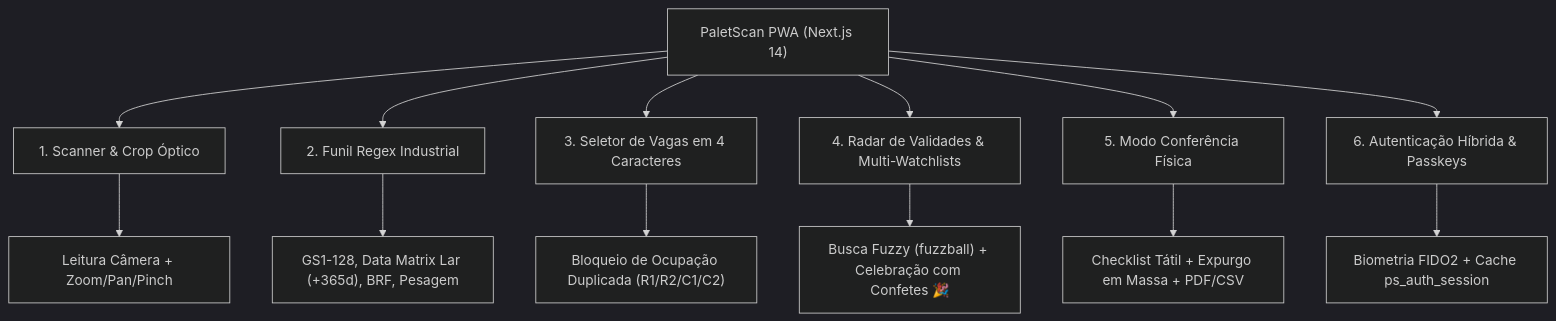
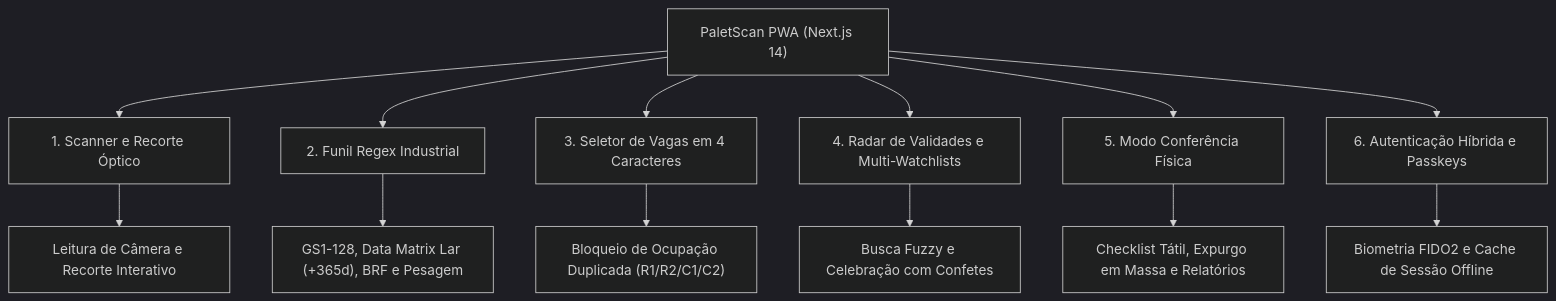
Before and after one commit to NaejBarbosa/paletscan-etl: the diagram in docs/pwa-visao-geral.md, drawn with Mermaid (dark theme). The commit also changed 6 other files, not shown here.

Commit message:
fix(docs): corrigir sintaxe do Mermaid e compatibilidade total com versao 11.17

````diff
--- a/docs/pwa-visao-geral.md
+++ b/docs/pwa-visao-geral.md
@@ -9,16 +9,16 @@
 ```mermaid
-graph TD
-    A["PaletScan PWA (Next.js 14)"] --> B["1. Scanner & Crop Óptico"]
+flowchart TD
+    A["PaletScan PWA (Next.js 14)"] --> B["1. Scanner e Recorte Óptico"]
     A --> C["2. Funil Regex Industrial"]
     A --> D["3. Seletor de Vagas em 4 Caracteres"]
-    A --> E["4. Radar de Validades & Multi-Watchlists"]
+    A --> E["4. Radar de Validades e Multi-Watchlists"]
     A --> F["5. Modo Conferência Física"]
-    A --> G["6. Autenticação Híbrida & Passkeys"]
+    A --> G["6. Autenticação Híbrida e Passkeys"]
     
-    B --> H["Leitura Câmera + Zoom/Pan/Pinch"]
-    C --> I["GS1-128, Data Matrix Lar (+365d), BRF, Pesagem"]
+    B --> H["Leitura de Câmera e Recorte Interativo"]
+    C --> I["GS1-128, Data Matrix Lar (+365d), BRF e Pesagem"]
     D --> J["Bloqueio de Ocupação Duplicada (R1/R2/C1/C2)"]
-    E --> K["Busca Fuzzy (fuzzball) + Celebração com Confetes 🎉"]
-    F --> L["Checklist Tátil + Expurgo em Massa + PDF/CSV"]
-    G --> M["Biometria FIDO2 + Cache ps_auth_session"]
+    E --> K["Busca Fuzzy e Celebração com Confetes"]
+    F --> L["Checklist Tátil, Expurgo em Massa e Relatórios"]
+    G --> M["Biometria FIDO2 e Cache de Sessão Offline"]
 ```
````
